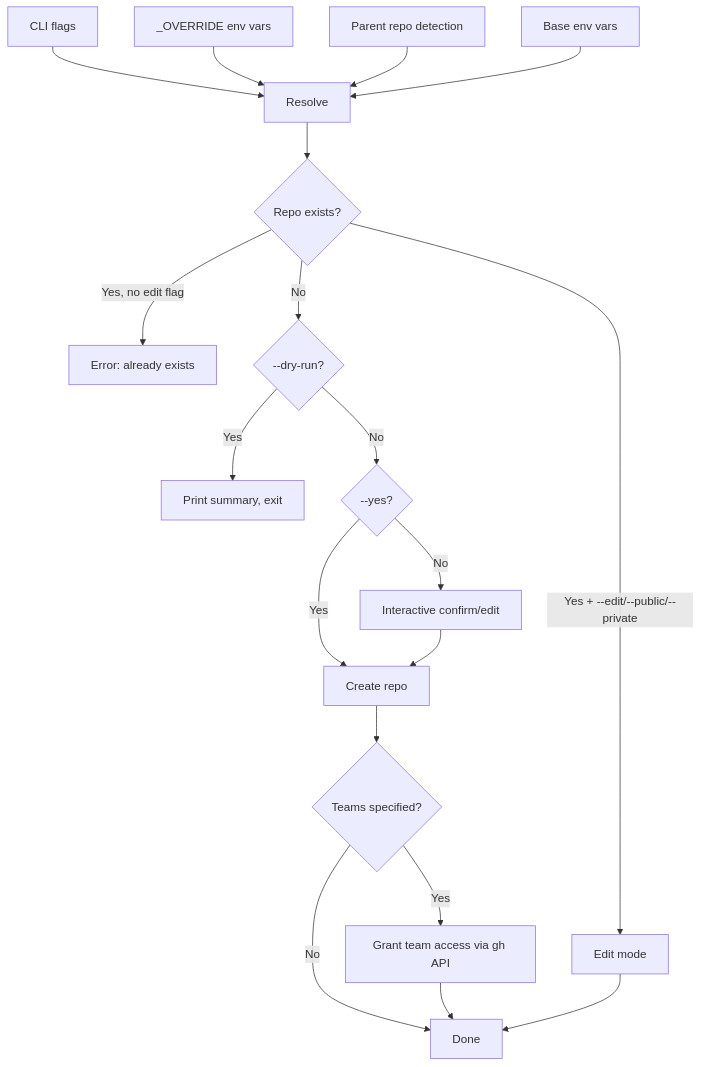
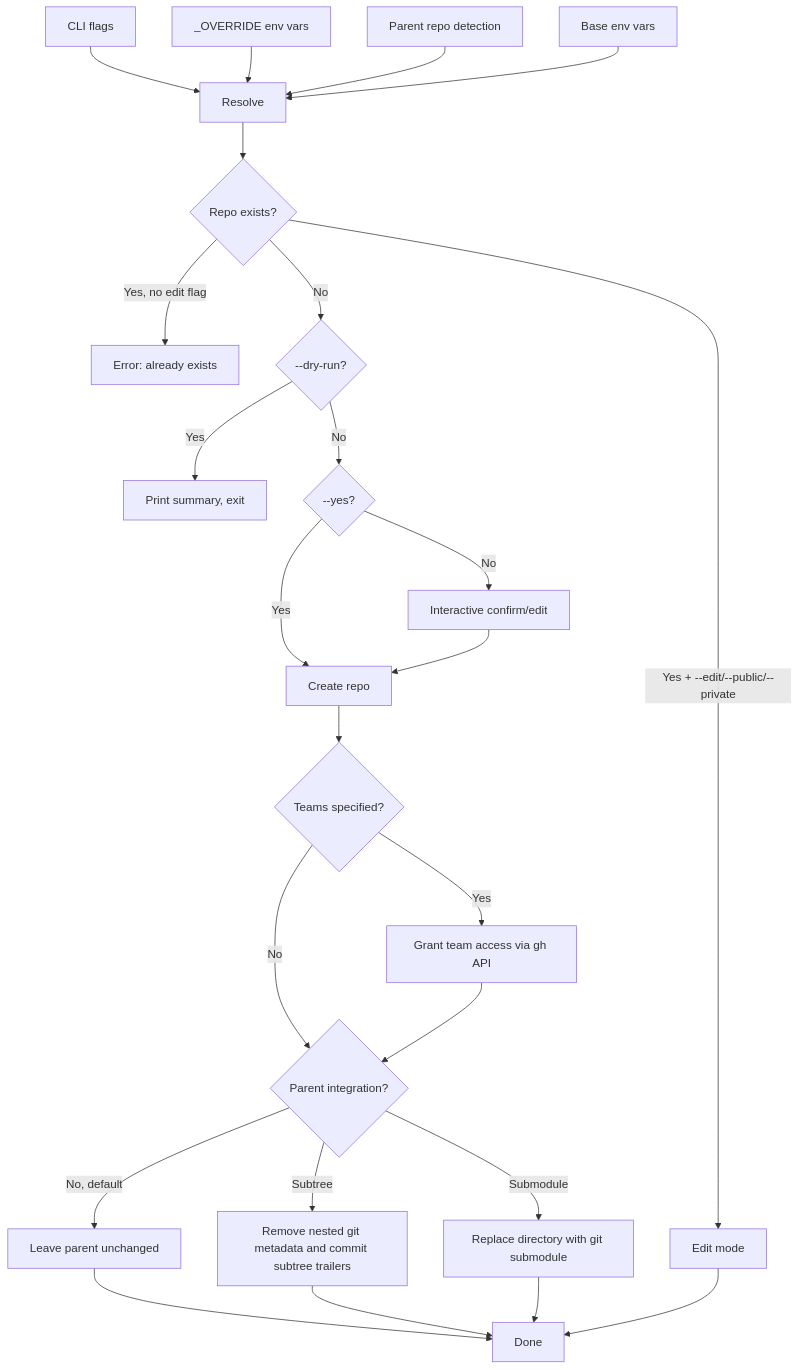
The diagram in utilities/shell/make-repo/docs/PROJ-ARCH.md (the-robot-lives/claude-assist), drawn with Mermaid before and after one commit. The commit also changed other lines of this file and 16 other files, not shown here.

Commit message:
feat(make-repo): add subtree integration workflow

````diff
--- a/utilities/shell/make-repo/docs/PROJ-ARCH.md
+++ b/utilities/shell/make-repo/docs/PROJ-ARCH.md
@@ -11,21 +11,27 @@
 ```mermaid
 graph TD
     A[CLI flags] --> E[Resolve]
     B[_OVERRIDE env vars] --> E
     C[Parent repo detection] --> E
     D[Base env vars] --> E
     E --> F{Repo exists?}
     F -->|Yes + --edit/--public/--private| G[Edit mode]
     F -->|Yes, no edit flag| H[Error: already exists]
     F -->|No| I{--dry-run?}
     I -->|Yes| J[Print summary, exit]
     I -->|No| K{--yes?}
     K -->|No| L[Interactive confirm/edit]
     K -->|Yes| M[Create repo]
     L --> M
     M --> N{Teams specified?}
     N -->|Yes| O[Grant team access via gh API]
-    N -->|No| P[Done]
+    N -->|No| P{Parent integration?}
     O --> P
-    G --> P
+    P -->|No, default| Q[Leave parent unchanged]
+    P -->|Subtree| R[Remove nested git metadata and commit subtree trailers]
+    P -->|Submodule| S[Replace directory with git submodule]
+    Q --> T[Done]
+    R --> T
+    S --> T
+    G --> T
 ```
````
